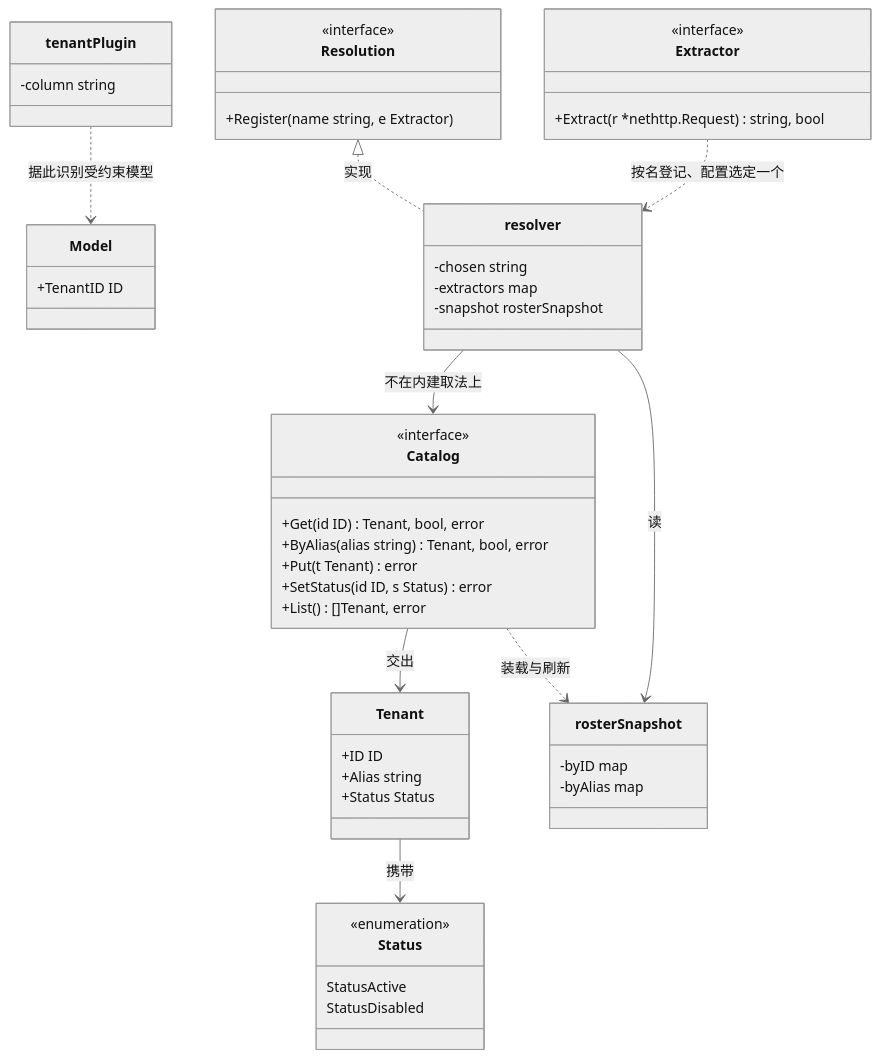
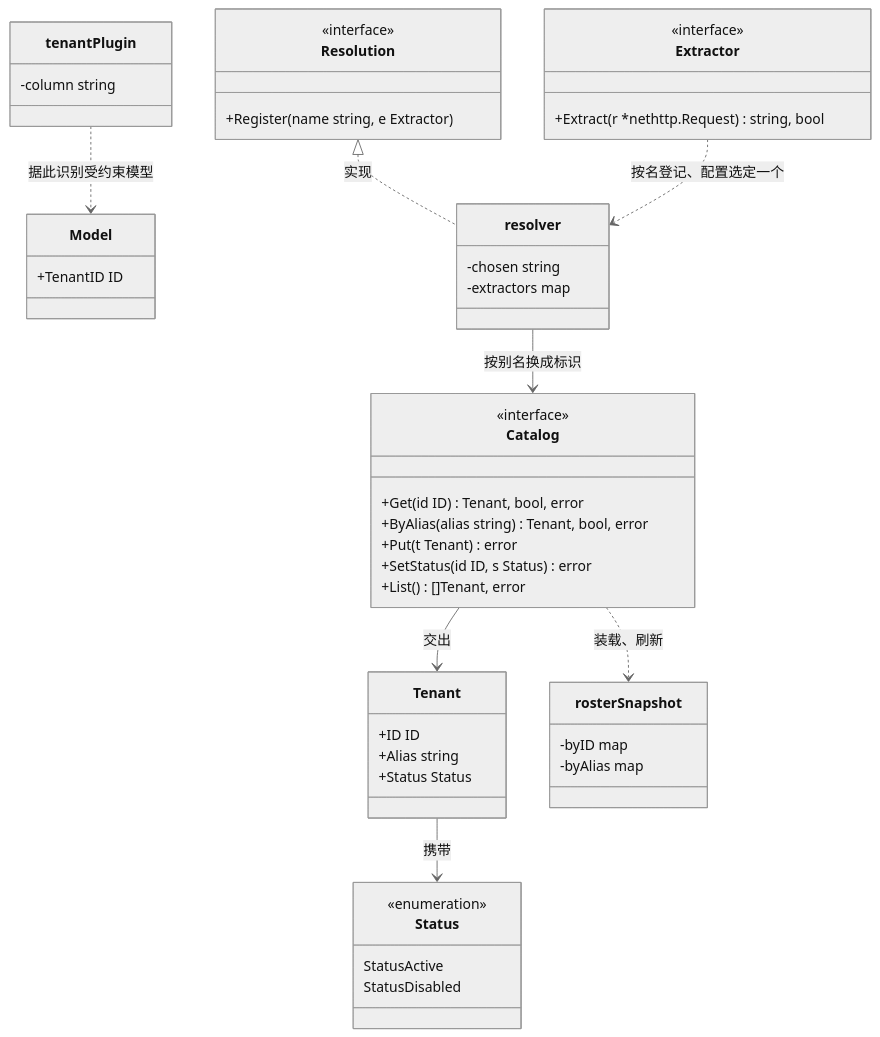
Before and after one commit to wangzw/speed: the first of 4 diagrams in docs/design/modules/design-tenant.md, drawn with Mermaid (neutral theme). The commit also changed other lines of this file and 33 other files, not shown here.

````diff
--- a/docs/design/modules/design-tenant.md
+++ b/docs/design/modules/design-tenant.md
@@ -257,52 +259,50 @@
 ```mermaid
 classDiagram
     class Resolution {
         <<interface>>
         +Register(name string, e Extractor)
     }
     class Catalog {
         <<interface>>
         +Get(id ID) Tenant, bool, error
         +ByAlias(alias string) Tenant, bool, error
         +Put(t Tenant) error
         +SetStatus(id ID, s Status) error
         +List() []Tenant, error
     }
     class Extractor {
         <<interface>>
         +Extract(r *nethttp.Request) string, bool
     }
     class Tenant {
         +ID ID
         +Alias string
         +Status Status
     }
     class Status {
         <<enumeration>>
         StatusActive
         StatusDisabled
     }
     class Model {
         +TenantID ID
     }
     class rosterSnapshot {
         -byID map
         -byAlias map
     }
     class resolver {
         -chosen string
         -extractors map
-        -snapshot rosterSnapshot
     }
     class tenantPlugin {
         -column string
     }
     Resolution <|.. resolver : 实现
     Extractor ..> resolver : 按名登记、配置选定一个
-    resolver --> Catalog : 不在内建取法上
-    resolver --> rosterSnapshot : 读
+    resolver --> Catalog : 按别名换成标识
     Catalog --> Tenant : 交出
     Tenant --> Status : 携带
-    Catalog ..> rosterSnapshot : 装载与刷新
+    Catalog ..> rosterSnapshot : 装载、刷新
     tenantPlugin ..> Model : 据此识别受约束模型
 ```
````
